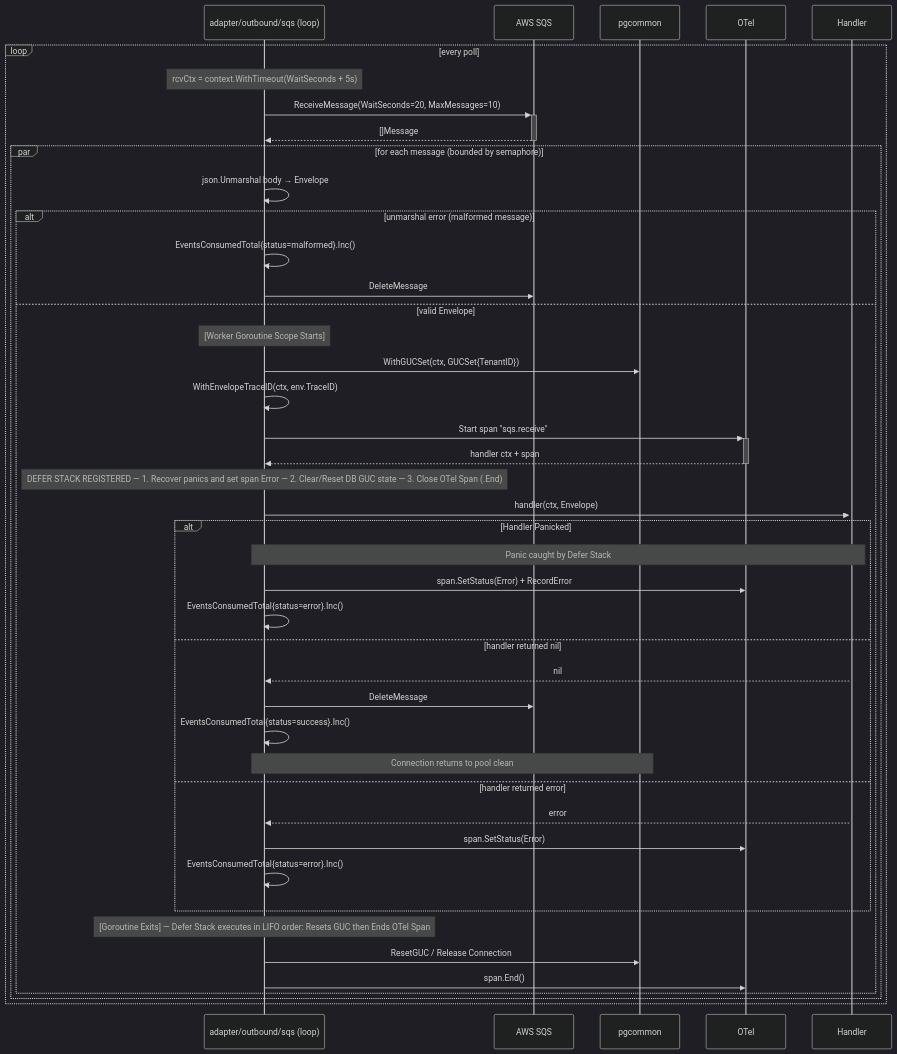
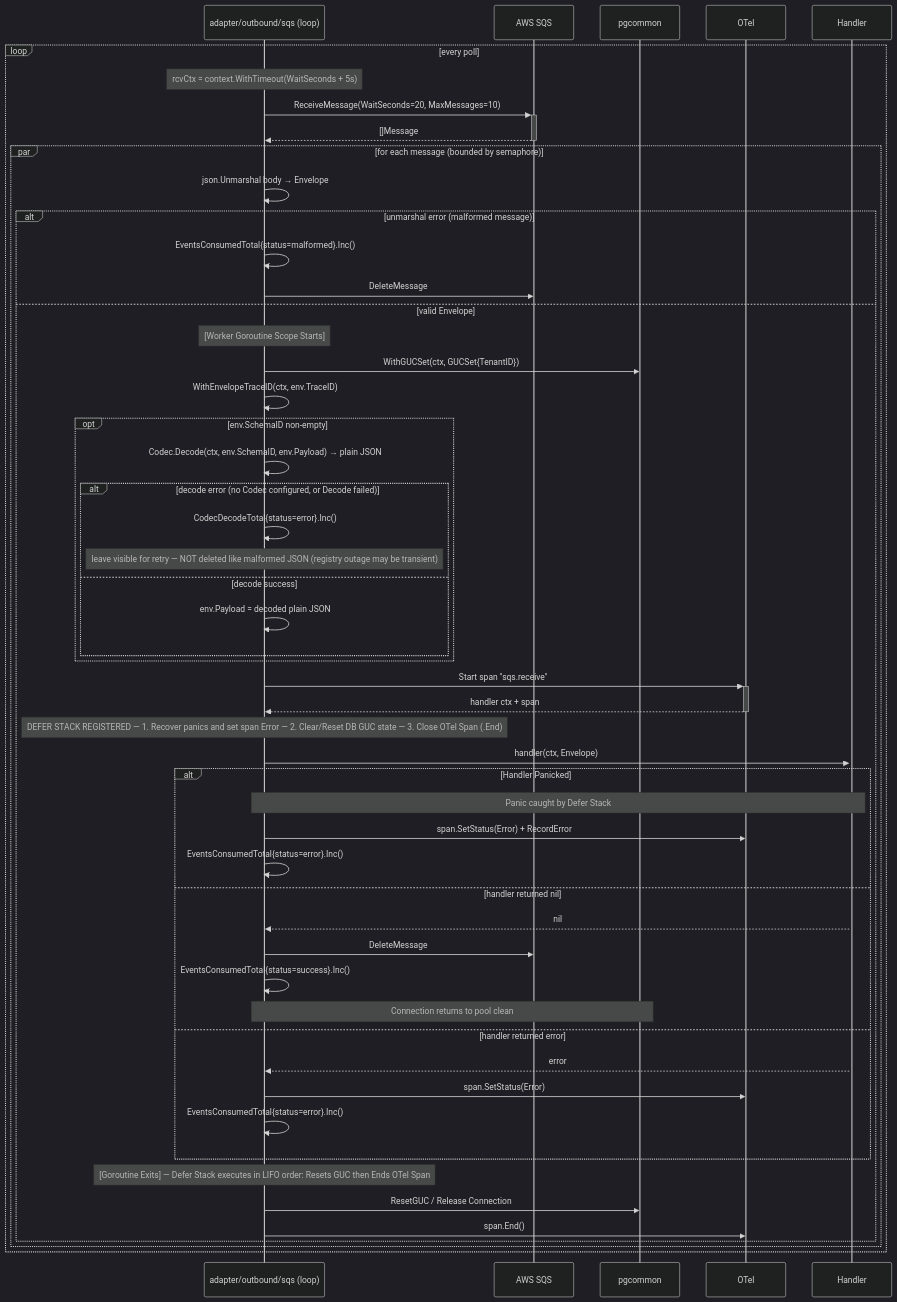
The fifth of 9 diagrams in ARCHITECTURE.md (BCBP-SOLUTIONS-FZC-LLC/platform-events), drawn with Mermaid (dark theme) before and after one commit. The commit also changed other lines of this file and 23 other files, not shown here.

````diff
--- a/ARCHITECTURE.md
+++ b/ARCHITECTURE.md
@@ -586,53 +594,64 @@
 ```mermaid
 sequenceDiagram
     participant SQSAdp as adapter/outbound/sqs (loop)
     participant SQS as AWS SQS
     participant pgcommon
     participant OTel
     participant Handler
 
     loop every poll
         Note over SQSAdp: rcvCtx = context.WithTimeout(WaitSeconds + 5s)
         SQSAdp ->>+ SQS: ReceiveMessage(WaitSeconds=20, MaxMessages=10)
         SQS -->>- SQSAdp: []Message
 
         par for each message (bounded by semaphore)
             SQSAdp ->> SQSAdp: json.Unmarshal body → Envelope
 
             alt unmarshal error (malformed message)
                 SQSAdp ->> SQSAdp: EventsConsumedTotal{status=malformed}.Inc()
                 SQSAdp ->> SQS: DeleteMessage
             else valid Envelope
                 Note over SQSAdp: [Worker Goroutine Scope Starts]
                 SQSAdp ->> pgcommon: WithGUCSet(ctx, GUCSet{TenantID})
                 SQSAdp ->> SQSAdp: WithEnvelopeTraceID(ctx, env.TraceID)
+
+                opt env.SchemaID non-empty
+                    SQSAdp ->> SQSAdp: Codec.Decode(ctx, env.SchemaID, env.Payload) → plain JSON
+                    alt decode error (no Codec configured, or Decode failed)
+                        SQSAdp ->> SQSAdp: CodecDecodeTotal{status=error}.Inc()
+                        Note over SQSAdp: leave visible for retry — NOT deleted like malformed JSON (registry outage may be transient)
+                    else decode success
+                        SQSAdp ->> SQSAdp: env.Payload = decoded plain JSON
+                    end
+                end
+
                 SQSAdp ->>+ OTel: Start span "sqs.receive"
                 OTel -->>- SQSAdp: handler ctx + span
                 
                 Note over SQSAdp: DEFER STACK REGISTERED — 1. Recover panics and set span Error — 2. Clear/Reset DB GUC state — 3. Close OTel Span (.End)
 
                 SQSAdp ->>+ Handler: handler(ctx, Envelope)
                 
                 alt Handler Panicked
                     Note over Handler,SQSAdp: Panic caught by Defer Stack
                     SQSAdp ->> OTel: span.SetStatus(Error) + RecordError
                     SQSAdp ->> SQSAdp: EventsConsumedTotal{status=error}.Inc()
                 else handler returned nil
                     Handler -->> SQSAdp: nil
                     SQSAdp ->> SQS: DeleteMessage
                     SQSAdp ->> SQSAdp: EventsConsumedTotal{status=success}.Inc()
                     Note over SQSAdp,pgcommon: Connection returns to pool clean
                 else handler returned error
                     Handler -->> SQSAdp: error
                     SQSAdp ->> OTel: span.SetStatus(Error)
                     SQSAdp ->> SQSAdp: EventsConsumedTotal{status=error}.Inc()
                 end
 
                 Note over SQSAdp: [Goroutine Exits] — Defer Stack executes in LIFO order: Resets GUC then Ends OTel Span
                 SQSAdp ->> pgcommon: ResetGUC / Release Connection
                 SQSAdp ->> OTel: span.End()
             end
         end
     end
 
 ```
````
